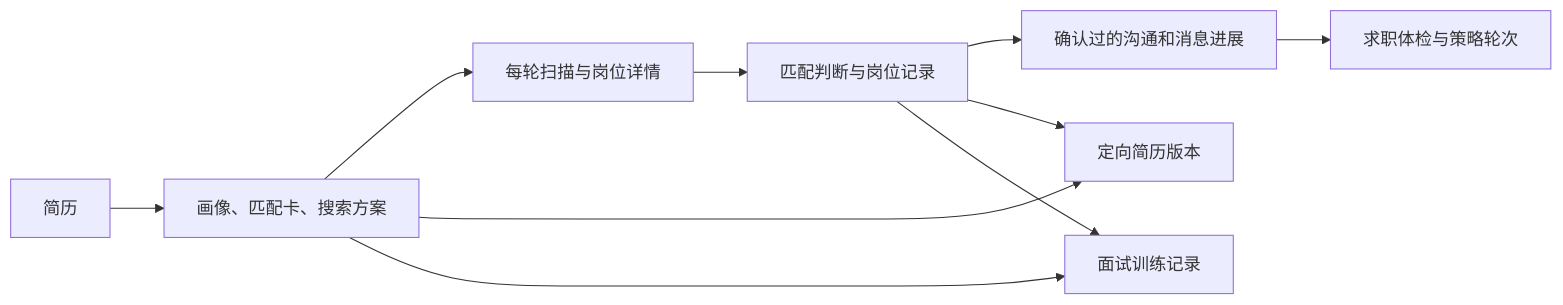
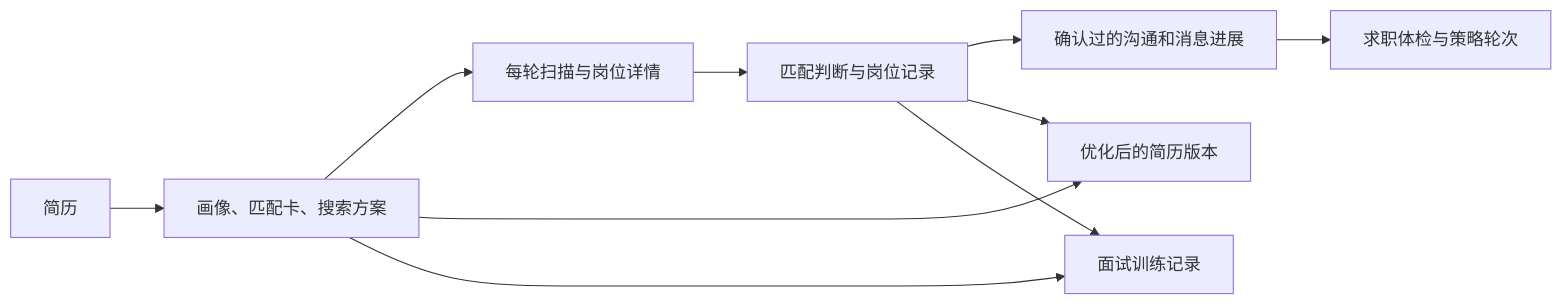
Before and after one commit to daydreamer0213/OfferGo: diagram 15 of 15 in docs/offergo-project-map.md, drawn with Mermaid. The commit also changed other lines of this file and 5 other files, not shown here.

````diff
--- a/docs/offergo-project-map.md
+++ b/docs/offergo-project-map.md
@@ -359,12 +362,12 @@
 ```mermaid
 flowchart LR
   A[简历] --> B[画像、匹配卡、搜索方案]
   B --> C[每轮扫描与岗位详情]
   C --> D[匹配判断与岗位记录]
   D --> E[确认过的沟通和消息进展]
   E --> F[求职体检与策略轮次]
-  B --> G[定向简历版本]
+  B --> G[优化后的简历版本]
   B --> H[面试训练记录]
   D --> G
   D --> H
 ```
````
